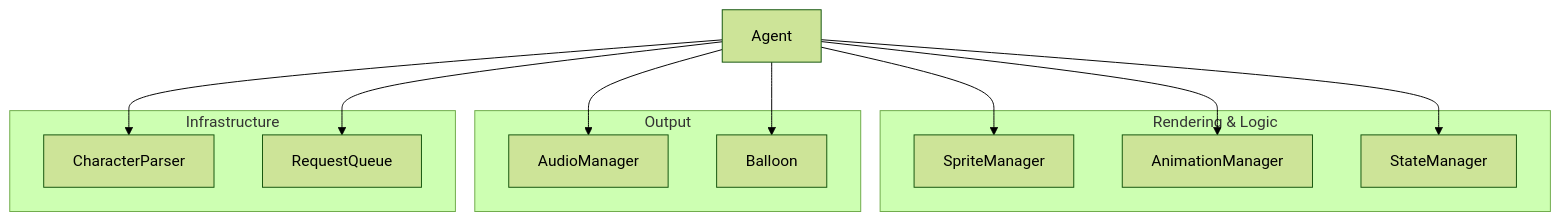
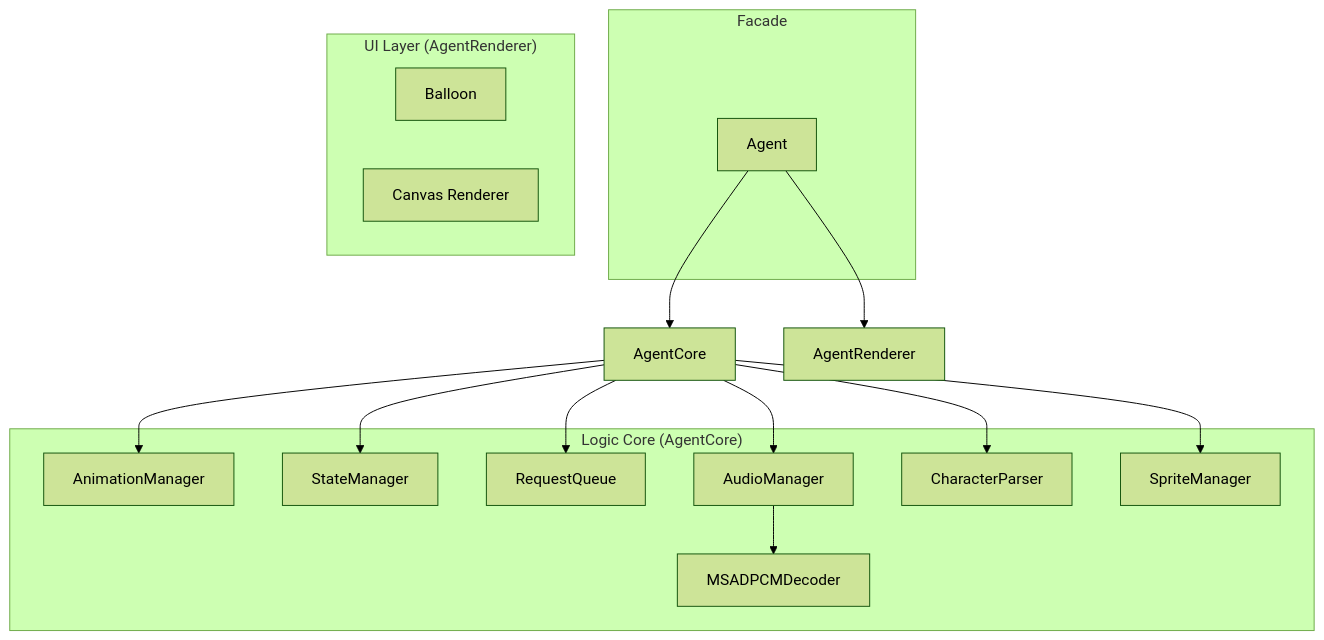
Before and after one commit to azayrahmad/ms-agent-js: the first of 2 diagrams in docs/internals.md, drawn with Mermaid (forest theme). The commit also changed other lines of this file, not shown here.

Commit message:
docs: synchronize internals with Core/Renderer architecture and refactor tests
- Updated `docs/internals.md` to reflect the separation between `AgentCore` (logic) and `AgentRenderer` (UI).
- Added `MSADPCMDecoder` to the internal component list and architecture diagram.
- Updated the rendering loop description to distinguish between `AgentCore.update` and `AgentRenderer.draw`.
- Centralized all global browser mocks (AudioContext, fetch, DOM) into `tests/setup.ts` to fix test failures and improve portability.
- Modernized `tests/MSADPCMDecoder.test.ts` to use programmatic buffers, removing dependencies on external binary assets.
- Added missing public API methods to `docs/api-reference.md` including `showHtml`, `destroy`, `wait`, `delay`, and TTS configuration methods.

````diff
--- a/docs/internals.md
+++ b/docs/internals.md
@@ -11,26 +11,31 @@
 ```mermaid
 graph TD
-    A[Agent] --> B[CharacterParser]
-    A --> C[SpriteManager]
-    A --> D[AnimationManager]
-    A --> E[AudioManager]
-    A --> F[StateManager]
-    A --> G[Balloon]
-    A --> H[RequestQueue]
-
-    subgraph "Rendering & Logic"
-    C
-    D
-    F
+    subgraph "Facade"
+    A[Agent]
     end
 
-    subgraph "Output"
-    E
-    G
+    subgraph "Logic Core (AgentCore)"
+    D[AnimationManager]
+    F[StateManager]
+    H[RequestQueue]
+    E[AudioManager]
+    B[CharacterParser]
+    M[MSADPCMDecoder]
+    S[SpriteManager]
     end
 
-    subgraph "Infrastructure"
-    B
-    H
+    subgraph "UI Layer (AgentRenderer)"
+    G[Balloon]
+    R[Canvas Renderer]
     end
+
+    A --> AgentCore
+    A --> AgentRenderer
+    AgentCore --> B
+    AgentCore --> D
+    AgentCore --> E
+    AgentCore --> F
+    AgentCore --> H
+    AgentCore --> S
+    E --> M
 ```
````
